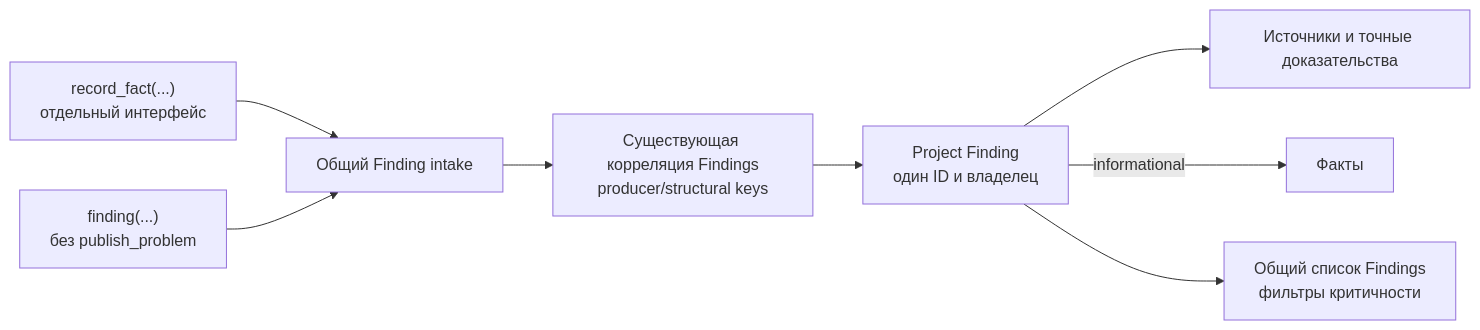
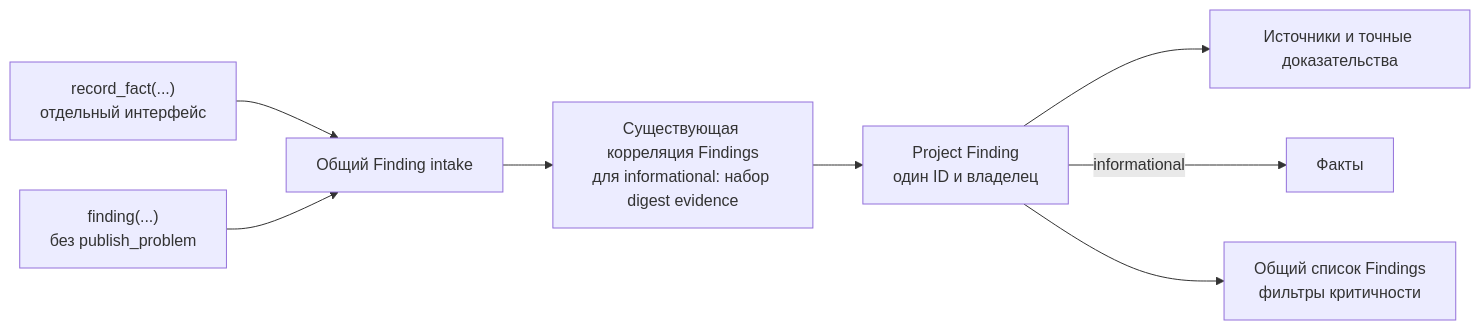
The second of 6 diagrams in docs/proposals/0055-project-facts-through-findings.md (grauwolf32/contractor), drawn with Mermaid before and after one commit. The commit also changed other lines of this file and 8 other files, not shown here.

````diff
--- a/docs/proposals/0055-project-facts-through-findings.md
+++ b/docs/proposals/0055-project-facts-through-findings.md
@@ -85,10 +85,10 @@
 ```mermaid
 flowchart LR
     A["record_fact(...)<br/>отдельный интерфейс"] --> I["Общий Finding intake"]
     B["finding(...)<br/>без publish_problem"] --> I
-    I --> K["Существующая корреляция Findings<br/>producer/structural keys"]
+    I --> K["Существующая корреляция Findings<br/>для informational: набор digest evidence"]
     K --> C["Project Finding<br/>один ID и владелец"]
     C --> D["Источники и точные доказательства"]
     C -->|"informational"| F["Факты"]
     C --> G["Общий список Findings<br/>фильтры критичности"]
 ```
````
